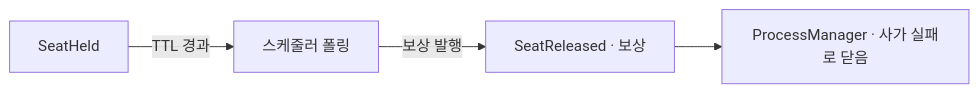
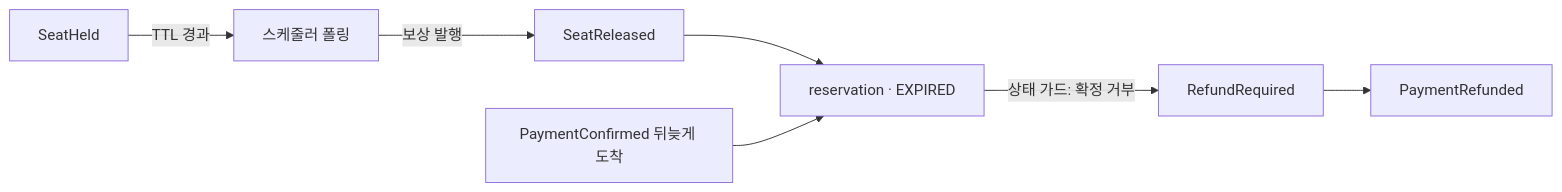
Before and after one commit to newkayak12/prototype-reservation-system: the eighth of 8 diagrams in docs/v2/design_doc/06-consistency-and-sagas.md, drawn with Mermaid. The commit also changed other lines of this file and 12 other files, not shown here.

````diff
--- a/docs/v2/design_doc/06-consistency-and-sagas.md
+++ b/docs/v2/design_doc/06-consistency-and-sagas.md
@@ -136,6 +251,9 @@
 ```mermaid
 graph LR
     HOLD[SeatHeld] -->|TTL 경과| POLL[스케줄러 폴링]
-    POLL -->|보상 발행| REL[SeatReleased · 보상]
-    REL --> PM[ProcessManager · 사가 실패로 닫음]
+    POLL -->|보상 발행| REL[SeatReleased]
+    REL --> RES[reservation · EXPIRED]
+    PAY[PaymentConfirmed 뒤늦게 도착] --> RES
+    RES -->|상태 가드: 확정 거부| RF[RefundRequired]
+    RF --> REFUND[PaymentRefunded]
 ```
````
